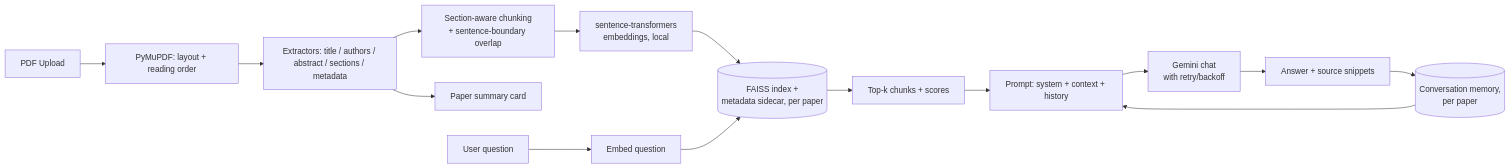
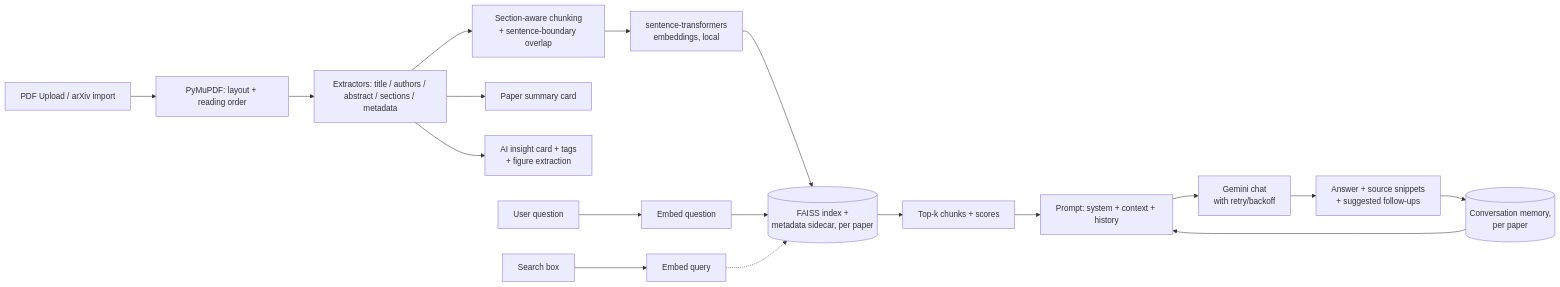
The diagram in README.md (TAIMOURMUSHTAQ/ScholarMind-AI), drawn with Mermaid before and after one commit. The commit also changed other lines of this file and 35 other files, not shown here.

First line of the commit message:
Add AI insight cards, library search, connected research, and figure Q&A

````diff
--- a/README.md
+++ b/README.md
@@ -9,18 +16,22 @@
 ```mermaid
 flowchart LR
-    A[PDF Upload] --> B[PyMuPDF: layout + reading order]
+    A[PDF Upload / arXiv import] --> B[PyMuPDF: layout + reading order]
     B --> C[Extractors: title / authors / abstract / sections / metadata]
     C --> D[Section-aware chunking\n+ sentence-boundary overlap]
     D --> E[sentence-transformers\nembeddings, local]
     E --> F[(FAISS index +\nmetadata sidecar, per paper)]
     C --> G[Paper summary card]
+    C --> R[AI insight card + tags\n+ figure extraction]
 
     H[User question] --> I[Embed question]
     I --> F
     F --> J[Top-k chunks + scores]
     J --> K[Prompt: system + context + history]
     K --> L[Gemini chat\nwith retry/backoff]
-    L --> M[Answer + source snippets]
+    L --> M[Answer + source snippets\n+ suggested follow-ups]
     M --> N[(Conversation memory,\nper paper)]
     N --> K
+
+    Q[Search box] --> QI[Embed query]
+    QI -.-> F
 ```
````
